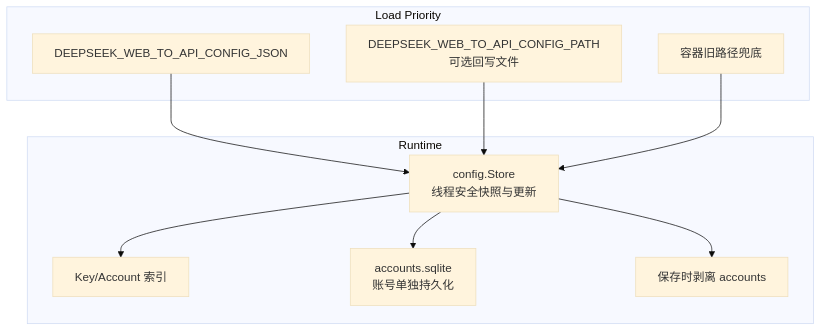
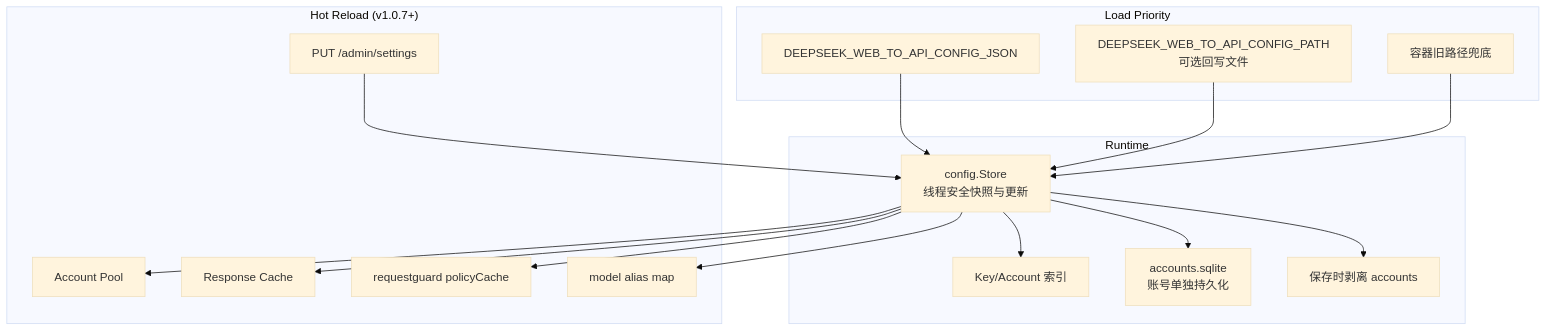
The second of 2 diagrams in docs/configuration.md (marklove5102/DeepSeek_Web_To_API), drawn with Mermaid (base theme) before and after one commit. The commit also changed other lines of this file and 17 other files, not shown here.

````diff
--- a/docs/configuration.md
+++ b/docs/configuration.md
@@ -91,20 +106,32 @@
 ```mermaid
 graph TB
 subgraph "Load Priority"
 ENVJSON["DEEPSEEK_WEB_TO_API_CONFIG_JSON"]
 FILE["DEEPSEEK_WEB_TO_API_CONFIG_PATH<br/>可选回写文件"]
 LEGACY["容器旧路径兜底"]
 end
 subgraph "Runtime"
 STORE["config.Store<br/>线程安全快照与更新"]
 INDEX["Key/Account 索引"]
 ACCDB["accounts.sqlite<br/>账号单独持久化"]
 SAVE["保存时剥离 accounts"]
 end
+subgraph "Hot Reload (v1.0.7+)"
+SETTINGS["PUT /admin/settings"]
+POOL["Account Pool"]
+CACHE["Response Cache"]
+GUARD["requestguard policyCache"]
+ALIASES["model alias map"]
+end
 ENVJSON --> STORE
 FILE --> STORE
 LEGACY --> STORE
 STORE --> INDEX
 STORE --> ACCDB
 STORE --> SAVE
+SETTINGS --> STORE
+STORE --> POOL
+STORE --> CACHE
+STORE --> GUARD
+STORE --> ALIASES
 ```
````
